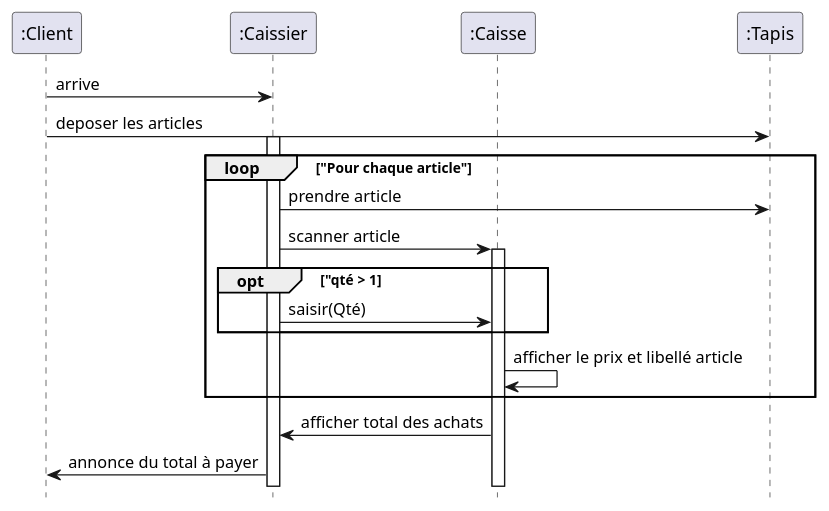
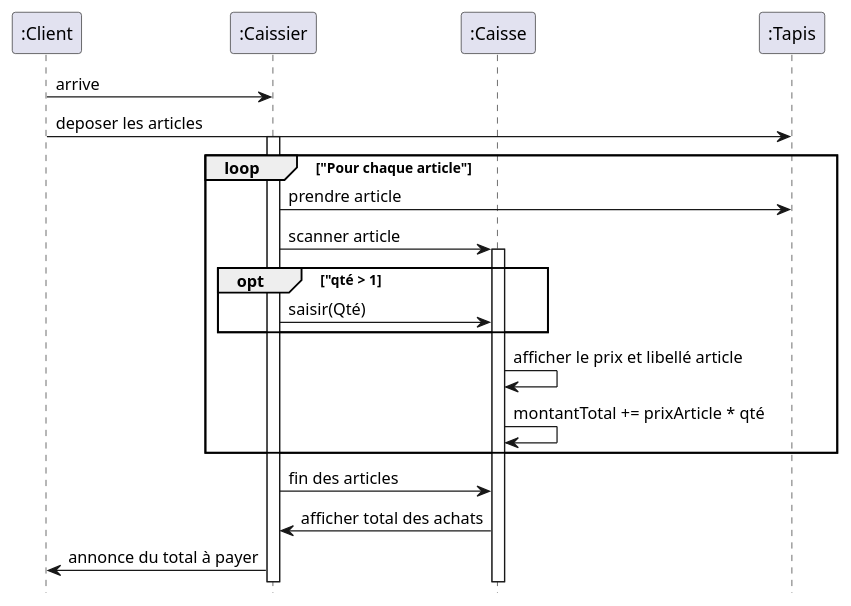
The diagram in TD5.2.1.plantuml (IUT-Blagnac/bcoo-Laurian-Dufrechou), drawn with PlantUML before and after one commit.

```diff
--- a/TD5.2.1.plantuml
+++ b/TD5.2.1.plantuml
@@ -3,36 +3,39 @@
 @startuml
 
 hide footbox
 
 participant A as ":Client"
 
 participant B as ":Caissier"
 
 participant C as ":Caisse"
 
 participant D as ":Tapis"
 
 
 A -> B: arrive
 
 A -> D: deposer les articles 
 
 activate B
 
 loop "Pour chaque article"
   B -> D: prendre article
   B -> C: scanner article
 
   activate C
 
   opt "qté > 1
     B -> C: saisir(Qté) 
   end
 
   C -> C: afficher le prix et libellé article 
+  C -> C: montantTotal += prixArticle * qté
+
 end 
+  B -> C: fin des articles
   C -> B: afficher total des achats 
 
 B-> A: annonce du total à payer
 
 @enduml
```
